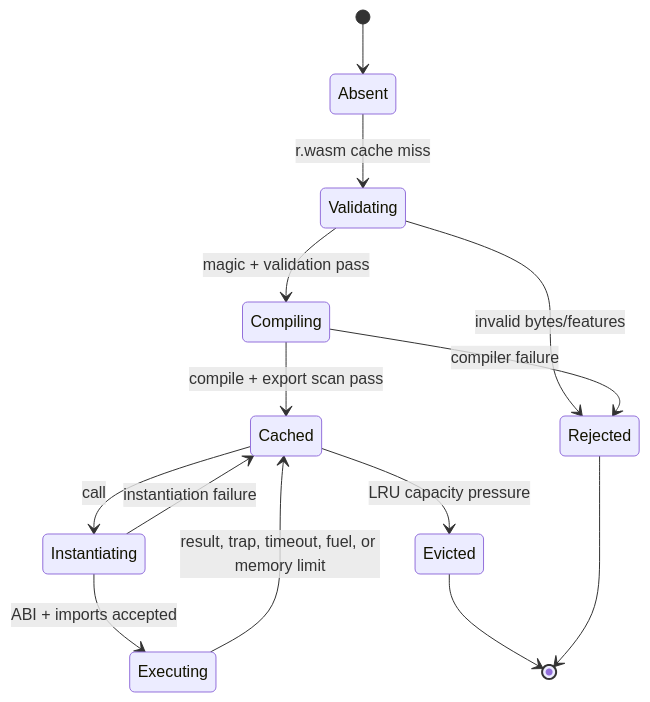
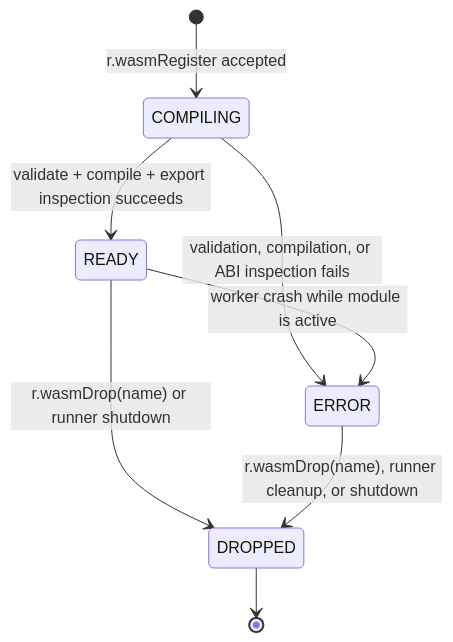
One commit to totalwindupflightsystems/rethinkdb changed the second of 3 diagrams in .coding-hermes/specs/phase3-wasm-udf.md. Above: the diagram before and after it, drawn with Mermaid. The commit also changed other lines of this file, not shown here.

First line of the commit message:
docs: add Phase 3 axiom-level spec for WASM-based UDF sandbox (replace V8/QuickJS)

````diff
--- a/.coding-hermes/specs/phase3-wasm-udf.md
+++ b/.coding-hermes/specs/phase3-wasm-udf.md
@@ -748,16 +1054,10 @@
 ```mermaid
 stateDiagram-v2
-    [*] --> Absent
-    Absent --> Validating: r.wasm cache miss
-    Validating --> Compiling: magic + validation pass
-    Validating --> Rejected: invalid bytes/features
-    Compiling --> Cached: compile + export scan pass
-    Compiling --> Rejected: compiler failure
-    Cached --> Instantiating: call
-    Instantiating --> Executing: ABI + imports accepted
-    Instantiating --> Cached: instantiation failure
-    Executing --> Cached: result, trap, timeout, fuel, or memory limit
-    Cached --> Evicted: LRU capacity pressure
-    Evicted --> [*]
-    Rejected --> [*]
+    [*] --> COMPILING: r.wasmRegister accepted
+    COMPILING --> READY: validate + compile + export inspection succeeds
+    COMPILING --> ERROR: validation, compilation, or ABI inspection fails
+    READY --> ERROR: worker crash while module is active
+    READY --> DROPPED: r.wasmDrop(name) or runner shutdown
+    ERROR --> DROPPED: r.wasmDrop(name), runner cleanup, or shutdown
+    DROPPED --> [*]
 ```
````
